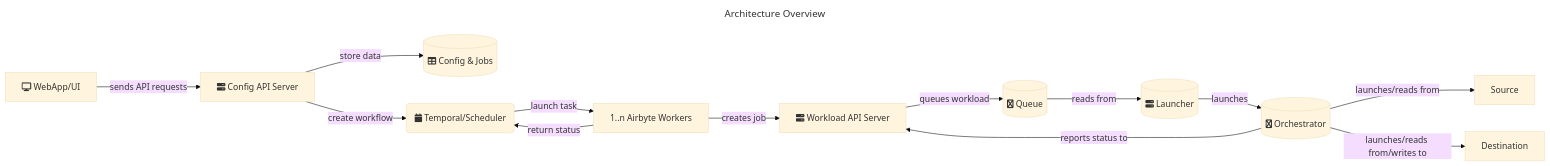
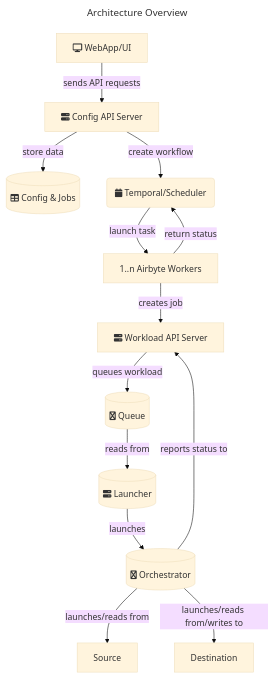
Before and after one commit to airbytehq/airbyte: the diagram in docs/understanding-airbyte/high-level-view.md, drawn with Mermaid (base theme).

Commit message:
Test to see how this looks.

````diff
--- a/docs/understanding-airbyte/high-level-view.md
+++ b/docs/understanding-airbyte/high-level-view.md
@@ -15,28 +15,28 @@
 ```mermaid
 ---
 title: Architecture Overview
 ---
-flowchart LR
+flowchart
     W[fa:fa-display WebApp/UI]
     S[fa:fa-server Config API Server]
     D[(fa:fa-table Config & Jobs)]
     L[(fa:fa-server Launcher)]
     O[(fa:fa-superpowers Orchestrator)]
     Q[(fa:fa-superpowers Queue)]
     T(fa:fa-calendar Temporal/Scheduler)
     W2[1..n Airbyte Workers]
     WL[fa:fa-server Workload API Server]
     
     W -->|sends API requests| S
     S -->|store data| D
     S -->|create workflow| T
     T -->|launch task| W2
     W2 -->|return status| T
     W2 -->|creates job| WL
     WL -->|queues workload| Q
     Q  -->|reads from| L
     L -->|launches| O
     O -->|launches/reads from| Source
     O -->|launches/reads from/writes to| Destination
     O -->|reports status to| WL
 ```
````
